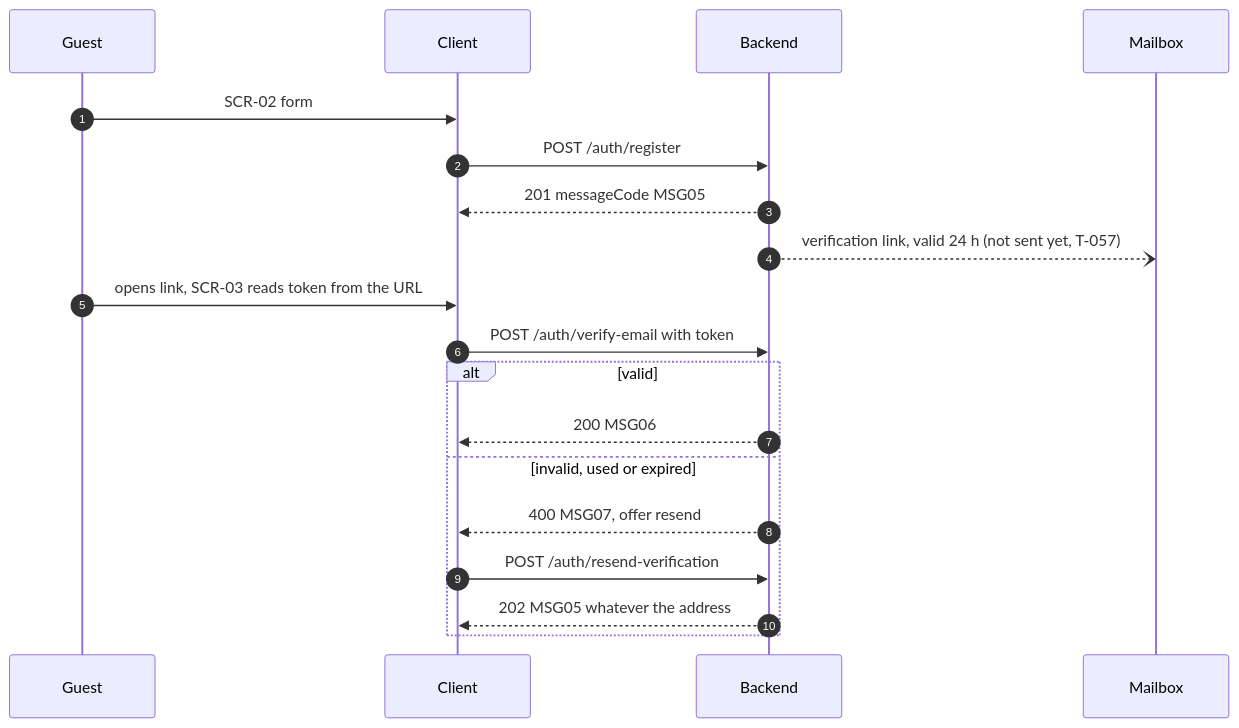
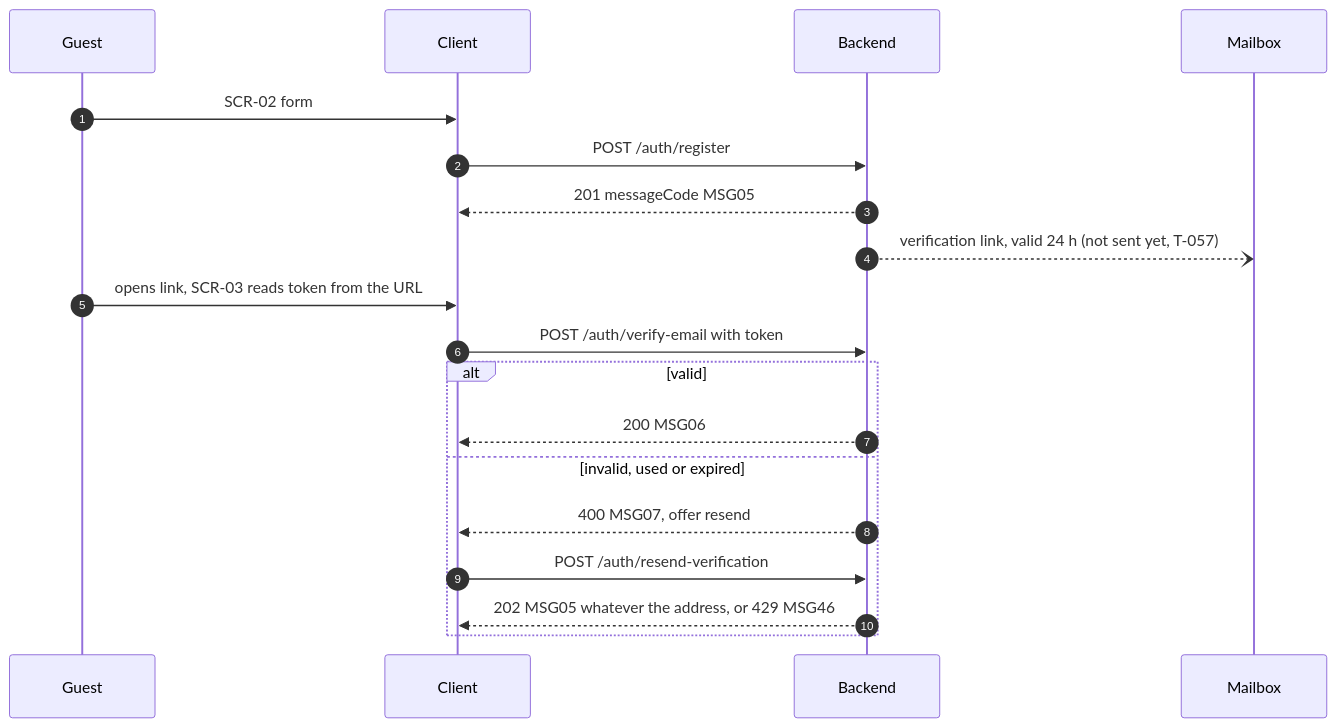
Before and after one commit to nguyenluc2411/cryptopilot-docs: the second of 2 diagrams in docs/design/fe-guide/02-auth.md, drawn with Mermaid. The commit also changed other lines of this file and 2 other files, not shown here.

````diff
--- a/docs/design/fe-guide/02-auth.md
+++ b/docs/design/fe-guide/02-auth.md
@@ -98,21 +98,21 @@
 ```mermaid
 sequenceDiagram
     autonumber
     participant G as Guest
     participant C as Client
     participant A as Backend
     participant M as Mailbox
     G->>C: SCR-02 form
     C->>A: POST /auth/register
     A-->>C: 201 messageCode MSG05
     A--)M: verification link, valid 24 h (not sent yet, T-057)
     G->>C: opens link, SCR-03 reads token from the URL
     C->>A: POST /auth/verify-email with token
     alt valid
         A-->>C: 200 MSG06
     else invalid, used or expired
         A-->>C: 400 MSG07, offer resend
         C->>A: POST /auth/resend-verification
-        A-->>C: 202 MSG05 whatever the address
+        A-->>C: 202 MSG05 whatever the address, or 429 MSG46
     end
 ```
````
